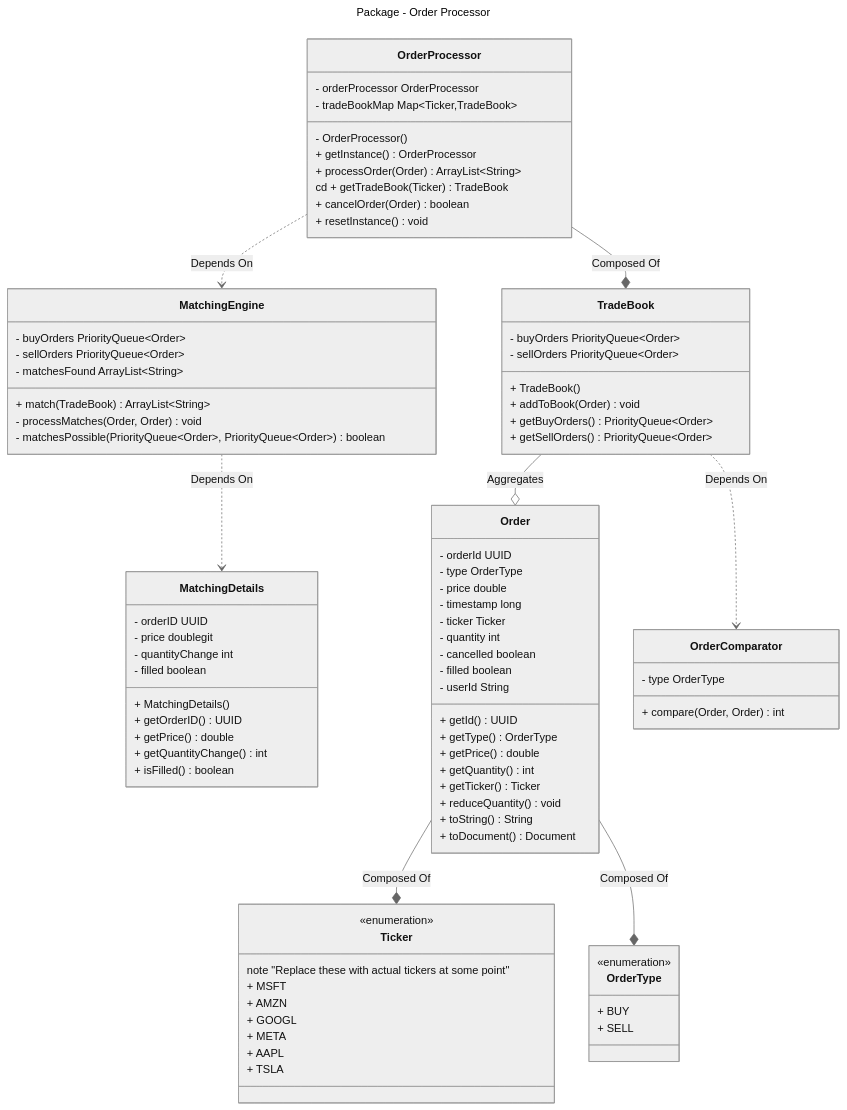
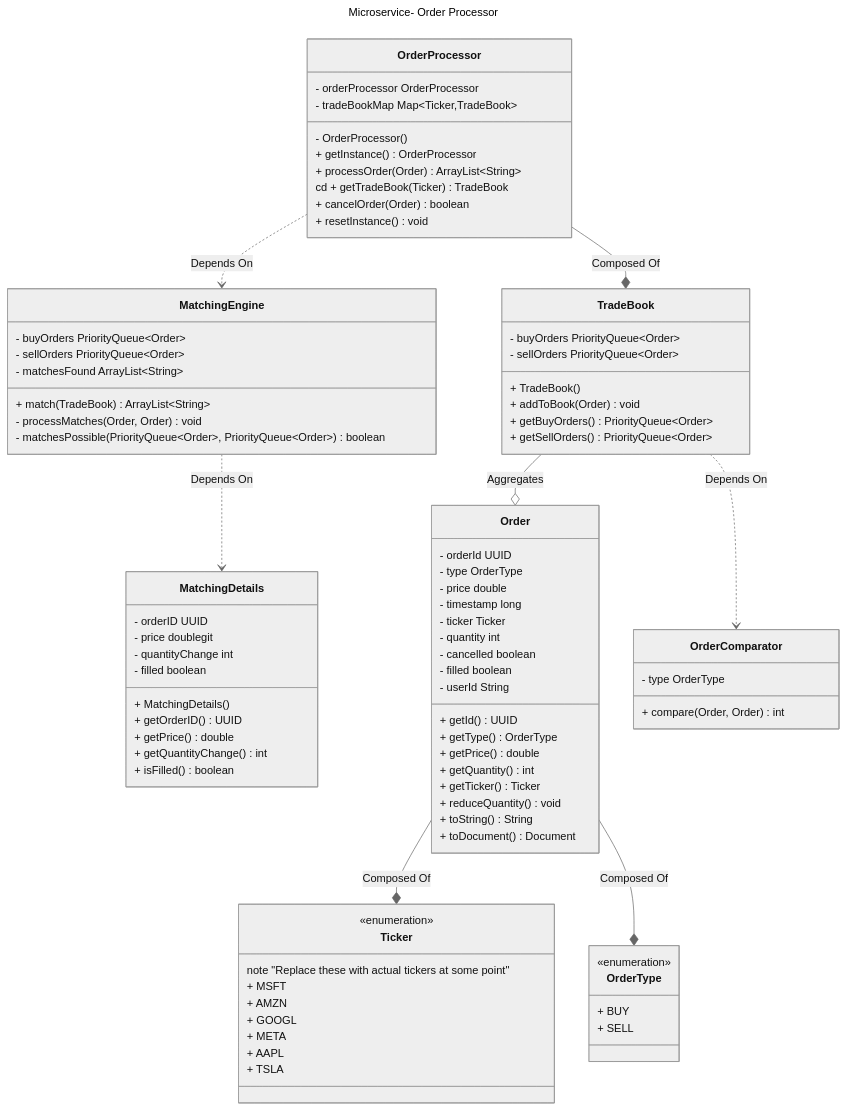
The diagram in Docs/orderProcessor.md (PerkinsDan/trading-platform), drawn with Mermaid (neutral theme) before and after one commit. The commit also changed 1 other file, not shown here.

Commit message:
prepare script for MarketData

````diff
--- a/Docs/orderProcessor.md
+++ b/Docs/orderProcessor.md
@@ -1,6 +1,6 @@
 ```mermaid
 ---
-title: Package - Order Processor
+title: Microservice- Order Processor
 ---
 %%Define classes
 classDiagram
````
